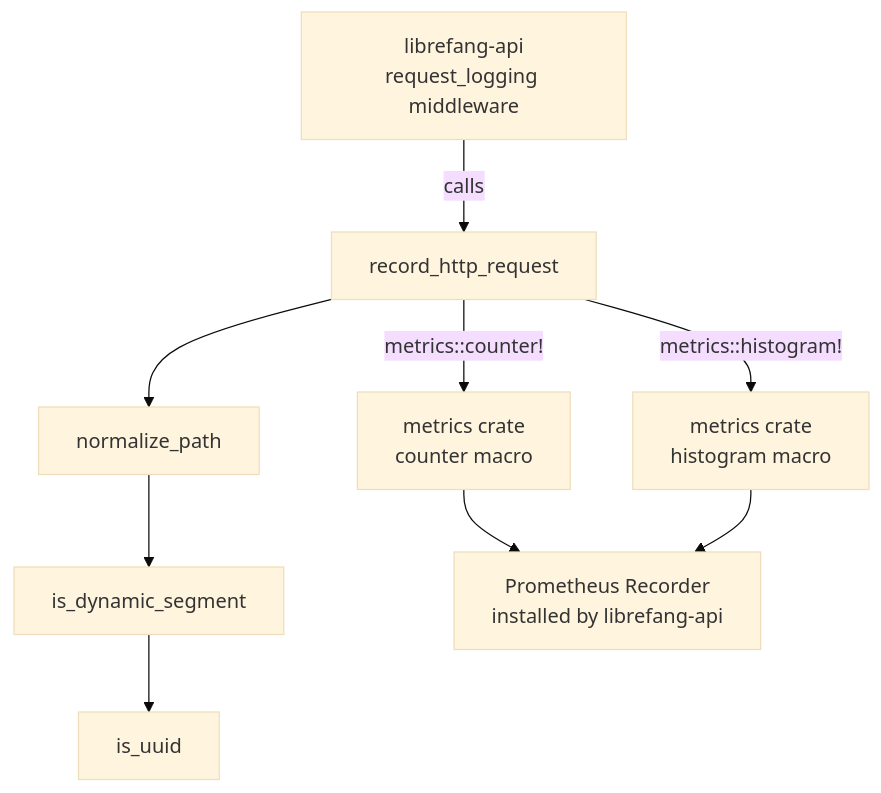
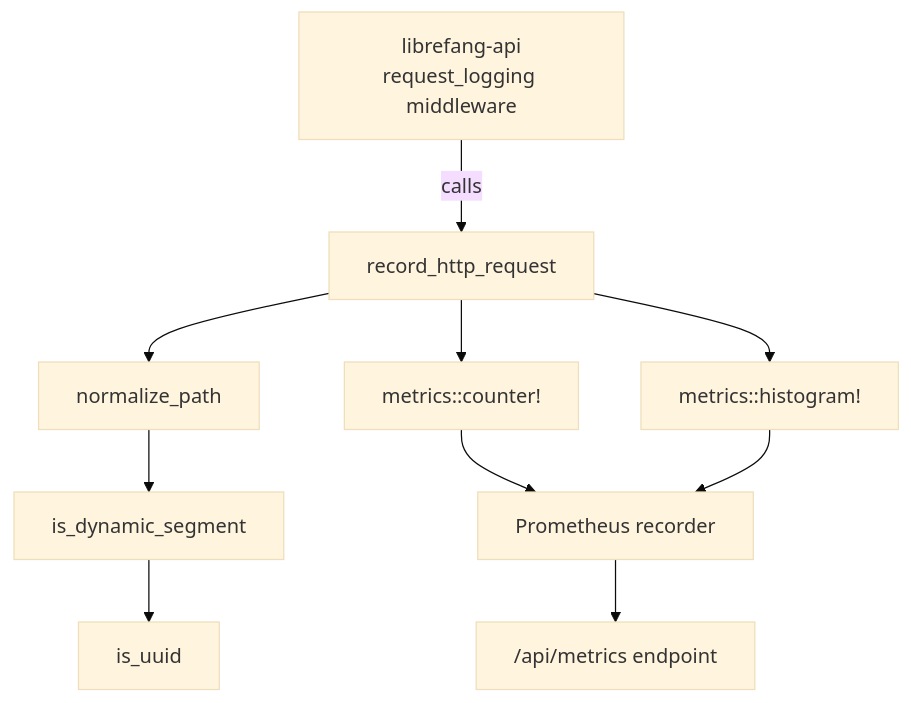
The diagram in shared-infrastructure-librefang-telemetry-src.md (leszek3737/librefang-WIki), drawn with Mermaid (base theme) before and after one commit. The commit also changed other lines of this file and 98 other files, not shown here.

````diff
--- a/shared-infrastructure-librefang-telemetry-src.md
+++ b/shared-infrastructure-librefang-telemetry-src.md
@@ -9,11 +9,12 @@
 ```mermaid
 graph TD
     MW[librefang-api<br>request_logging middleware] -->|calls| RHR[record_http_request]
     RHR --> NP[normalize_path]
     NP --> IDS[is_dynamic_segment]
     IDS --> IU[is_uuid]
-    RHR -->|metrics::counter!| MC[metrics crate<br>counter macro]
-    RHR -->|metrics::histogram!| MH[metrics crate<br>histogram macro]
-    MC --> PR[Prometheus Recorder<br>installed by librefang-api]
+    RHR --> MC[metrics::counter!]
+    RHR --> MH[metrics::histogram!]
+    MC --> PR[Prometheus recorder]
     MH --> PR
+    PR --> EP["/api/metrics endpoint"]
 ```
````
